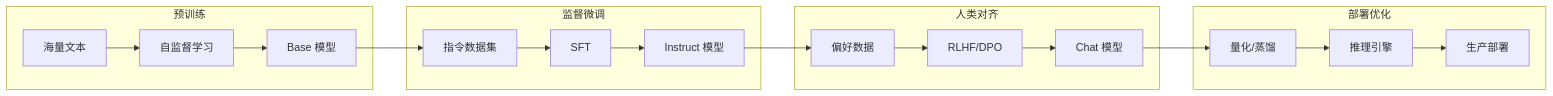
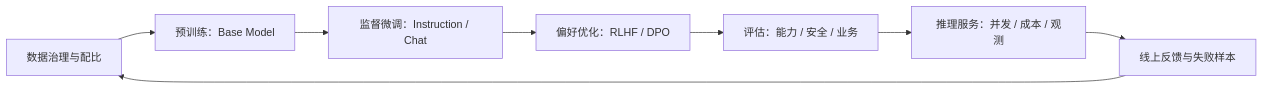
The diagram in docs/llms/training/index.md (likebeans/notes-on-llms), drawn with Mermaid before and after one commit. The commit also changed other lines of this file and 1 other file, not shown here.

````diff
--- a/docs/llms/training/index.md
+++ b/docs/llms/training/index.md
@@ -25,25 +37,10 @@
 ```mermaid
 flowchart LR
-    subgraph 预训练
-        A[海量文本] --> B[自监督学习]
-        B --> C[Base 模型]
-    end
-    
-    subgraph 监督微调
-        C --> D[指令数据集]
-        D --> E[SFT]
-        E --> F[Instruct 模型]
-    end
-    
-    subgraph 人类对齐
-        F --> G[偏好数据]
-        G --> H[RLHF/DPO]
-        H --> I[Chat 模型]
-    end
-    
-    subgraph 部署优化
-        I --> J[量化/蒸馏]
-        J --> K[推理引擎]
-        K --> L[生产部署]
-    end
+  Data[数据治理与配比] --> Pretrain[预训练：Base Model]
+  Pretrain --> SFT[监督微调：Instruction / Chat]
+  SFT --> Preference[偏好优化：RLHF / DPO]
+  Preference --> Eval[评估：能力 / 安全 / 业务]
+  Eval --> Serving[推理服务：并发 / 成本 / 观测]
+  Serving --> Feedback[线上反馈与失败样本]
+  Feedback --> Data
 ```
````
